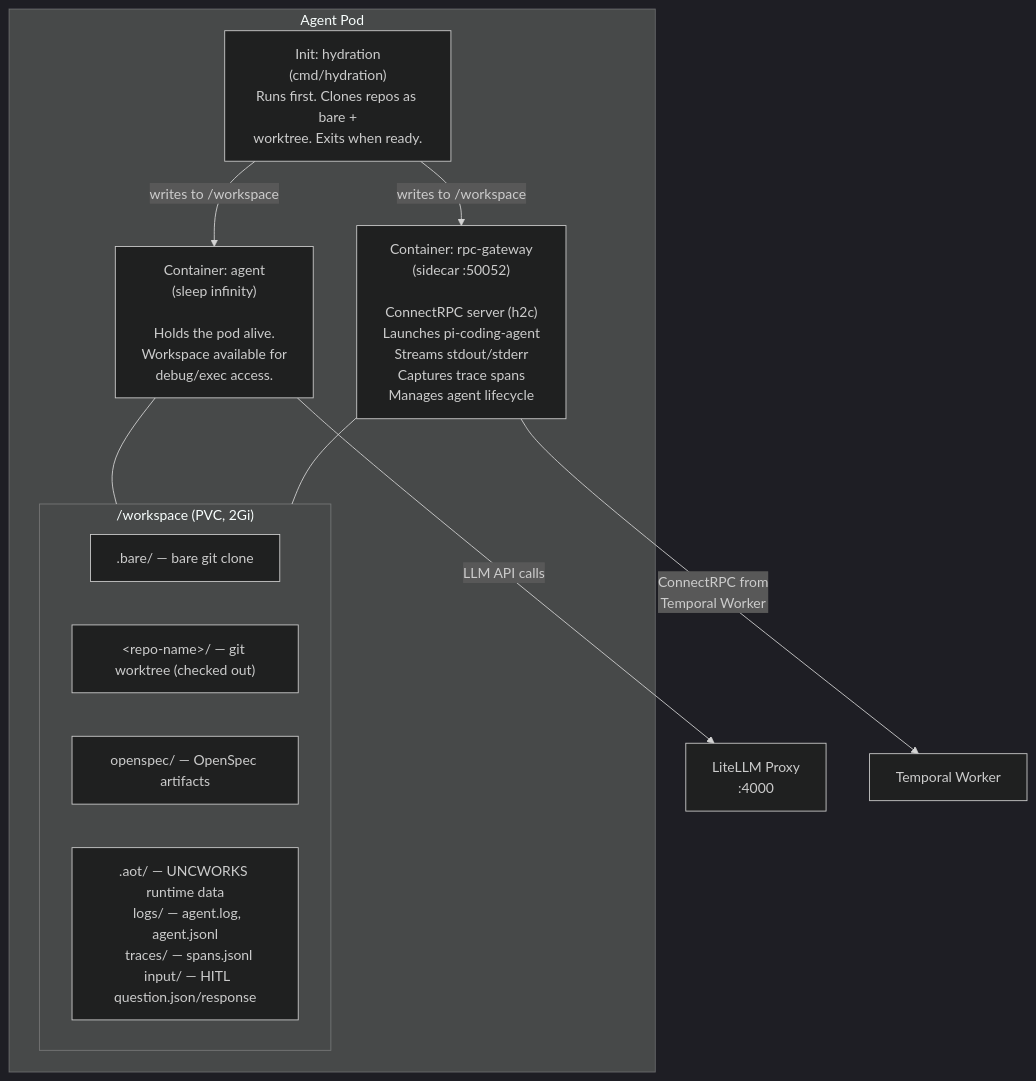
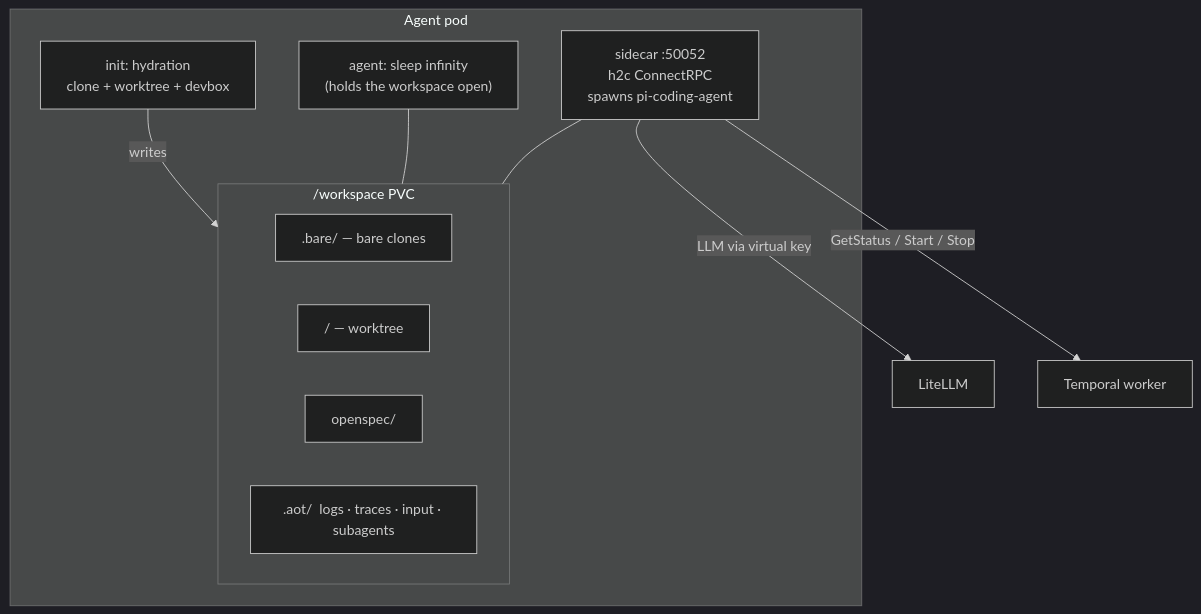
The diagram in docs/architecture/agent-pods.md (ross-corp/uncworks), drawn with Mermaid (dark theme) before and after one commit. The commit also changed other lines of this file and 17 other files, not shown here.

````diff
--- a/docs/architecture/agent-pods.md
+++ b/docs/architecture/agent-pods.md
@@ -7,26 +5,19 @@
 ```mermaid
 flowchart TD
-    subgraph pod["Agent Pod"]
-        init["Init: hydration\n(cmd/hydration)\nRuns first. Clones repos as bare +\nworktree. Exits when ready."]
-
-        init -->|"writes to /workspace"| agent
-        init -->|"writes to /workspace"| sidecar
-
-        agent["Container: agent\n(sleep infinity)\n\nHolds the pod alive.\nWorkspace available for\ndebug/exec access."]
-
-        sidecar["Container: rpc-gateway\n(sidecar :50052)\n\nConnectRPC server (h2c)\nLaunches pi-coding-agent\nStreams stdout/stderr\nCaptures trace spans\nManages agent lifecycle"]
-
-        subgraph pvc["/workspace (PVC, 2Gi)"]
-            bare[".bare/ — bare git clone"]
-            repo["&lt;repo-name&gt;/ — git worktree (checked out)"]
-            openspec["openspec/ — OpenSpec artifacts"]
-            aot[".aot/ — UNCWORKS runtime data\n  logs/ — agent.log, agent.jsonl\n  traces/ — spans.jsonl\n  input/ — HITL question.json/response"]
+    subgraph pod["Agent pod"]
+        init["init: hydration\nclone + worktree + devbox"]
+        agent["agent: sleep infinity\n(holds the workspace open)"]
+        side["sidecar :50052\nh2c ConnectRPC\nspawns pi-coding-agent"]
+        subgraph pvc["/workspace PVC"]
+            bare[".bare/ — bare clones"]
+            repo["<repo>/ — worktree"]
+            os["openspec/"]
+            aot[".aot/  logs · traces · input · subagents"]
         end
-
+        init -- writes --> pvc
         agent --- pvc
-        sidecar --- pvc
+        side --- pvc
     end
-
-    agent -->|"LLM API calls"| litellm["LiteLLM Proxy\n:4000"]
-    sidecar -->|"ConnectRPC from\nTemporal Worker"| temporal["Temporal Worker"]
+    side -->|LLM via virtual key| litellm["LiteLLM"]
+    side -->|GetStatus / Start / Stop| tw["Temporal worker"]
 ```
````
